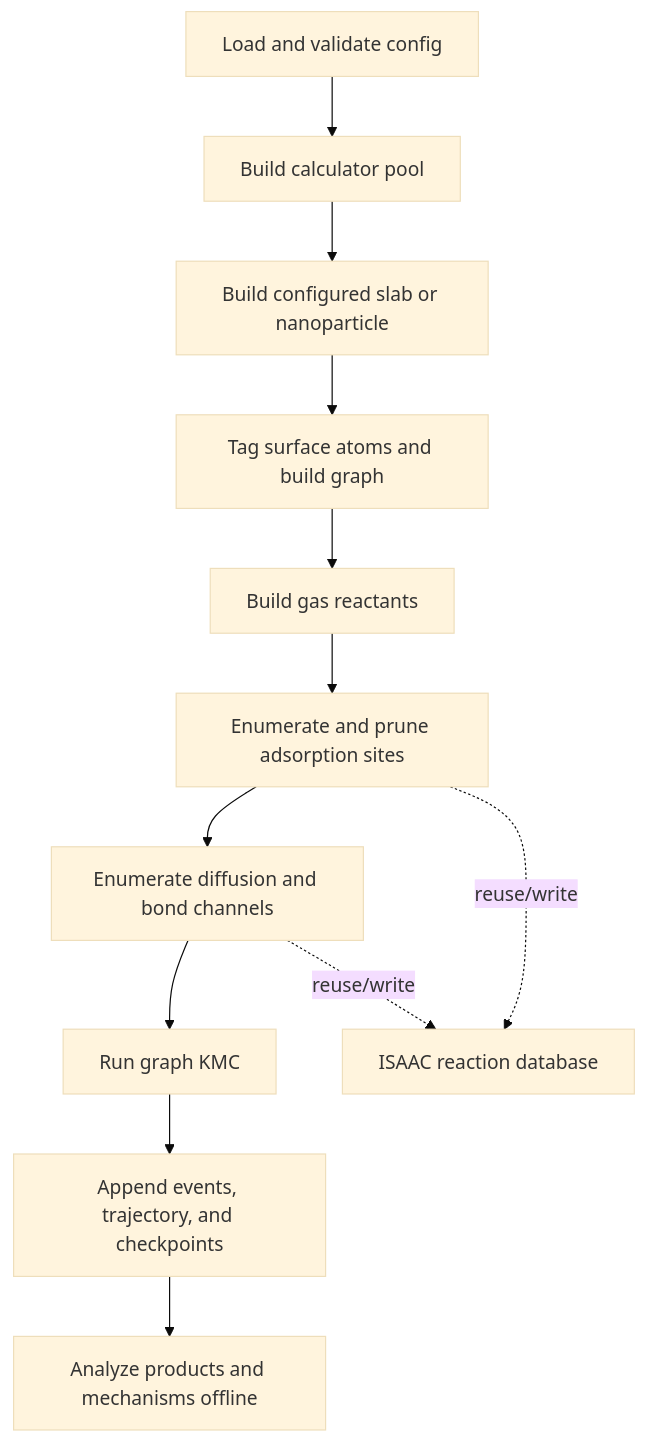
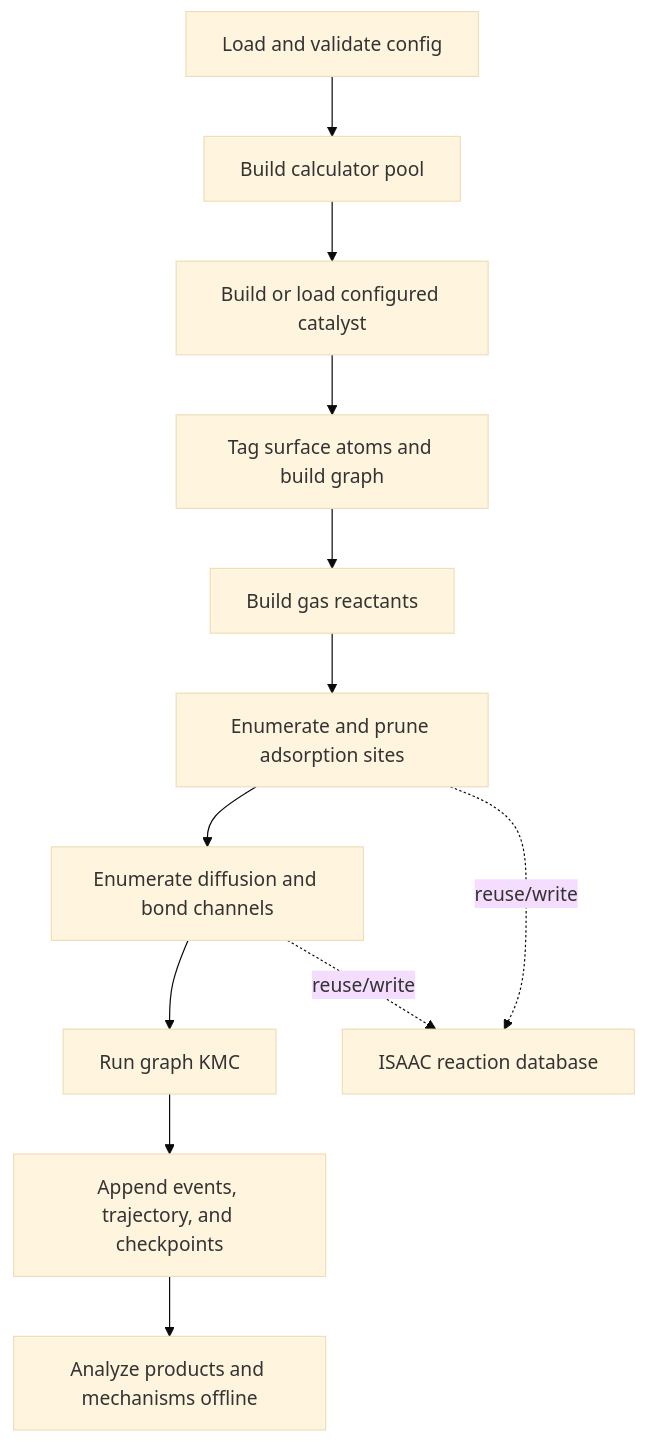
One commit to rjbunting/ogkmc changed the diagram in docs/architecture.md. Above: the diagram before and after it, drawn with Mermaid (base theme). The commit also changed other lines of this file and 110 other files, not shown here.

````diff
--- a/docs/architecture.md
+++ b/docs/architecture.md
@@ -7,14 +7,14 @@
 ```mermaid
 flowchart TD
     A["Load and validate config"] --> B["Build calculator pool"]
-    B --> C["Build configured slab or nanoparticle"]
+    B --> C["Build or load configured catalyst"]
     C --> D["Tag surface atoms and build graph"]
     D --> E["Build gas reactants"]
     E --> F["Enumerate and prune adsorption sites"]
     F --> G["Enumerate diffusion and bond channels"]
     G --> H["Run graph KMC"]
     H --> I["Append events, trajectory, and checkpoints"]
     I --> J["Analyze products and mechanisms offline"]
     F -. "reuse/write" .-> K["ISAAC reaction database"]
     G -. "reuse/write" .-> K
 ```
````
